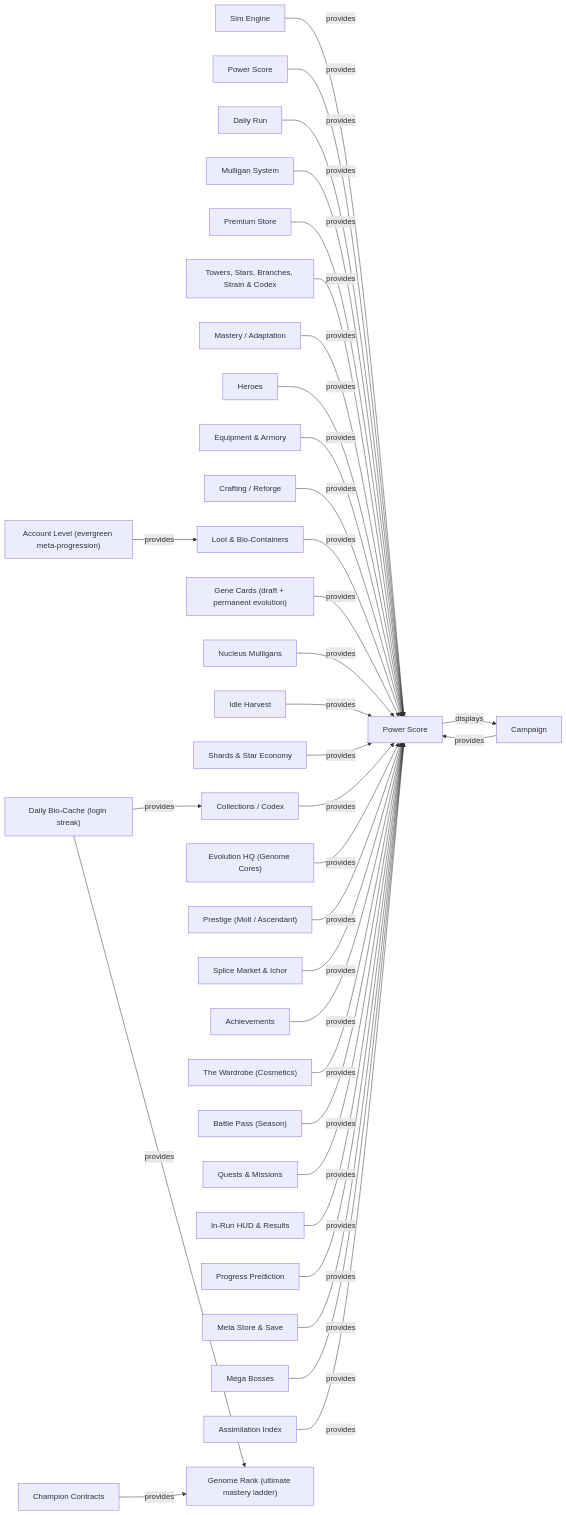
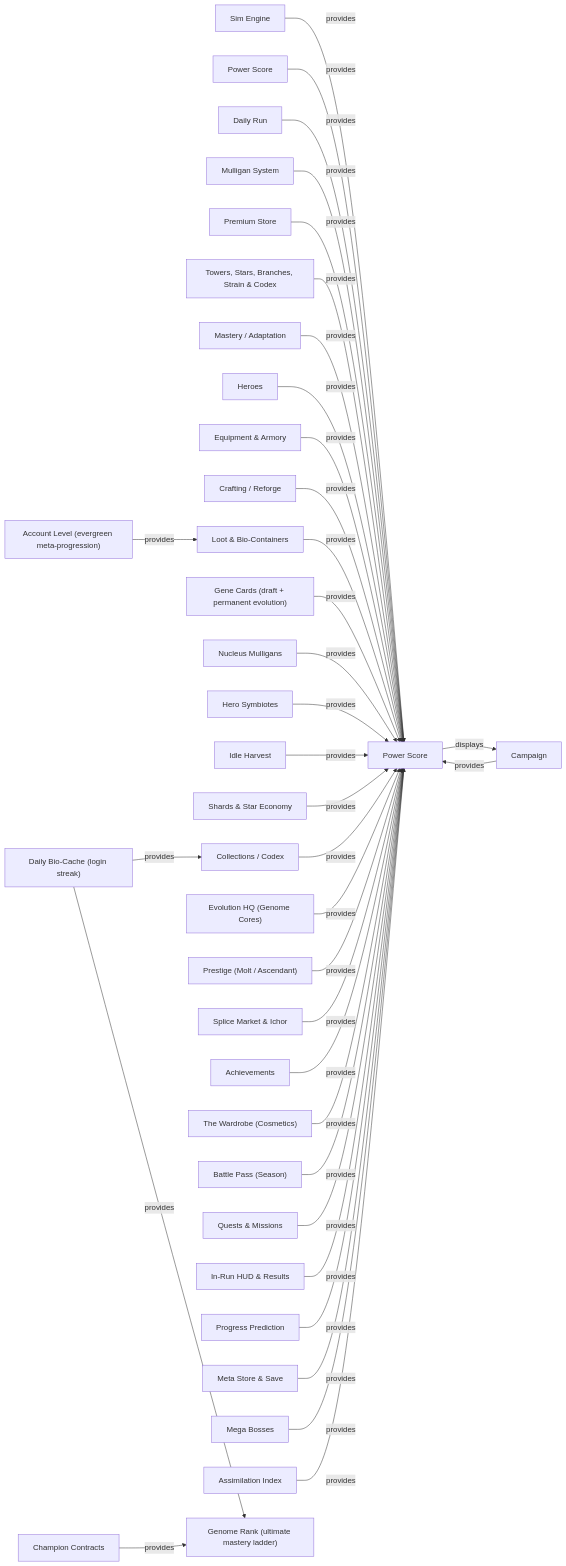
Before and after one commit to jathanalston-ship-it/TowerDefenseGame: the second of 4 diagrams in docs/DIL_GRAPH.md, drawn with Mermaid. The commit also changed other lines of this file and 32 other files, not shown here.

First line of the commit message:
Hero Symbiote System: per-hero grafted organisms (3 gated slots × 3 organs)

````diff
--- a/docs/DIL_GRAPH.md
+++ b/docs/DIL_GRAPH.md
@@ -155,37 +158,38 @@
 ```mermaid
 graph LR
   system_engine["Sim Engine"] -->|provides| concept_power_score["Power Score"]
   system_power["Power Score"] -->|provides| concept_power_score["Power Score"]
   system_campaign["Campaign"] -->|provides| concept_power_score["Power Score"]
   system_daily["Daily Run"] -->|provides| concept_power_score["Power Score"]
   system_mulligans["Mulligan System"] -->|provides| concept_power_score["Power Score"]
   system_premium["Premium Store"] -->|provides| concept_power_score["Power Score"]
   system_towers["Towers, Stars, Branches, Strain & Codex"] -->|provides| concept_power_score["Power Score"]
   system_mastery["Mastery / Adaptation"] -->|provides| concept_power_score["Power Score"]
   system_heroes["Heroes"] -->|provides| concept_power_score["Power Score"]
   system_equipment["Equipment & Armory"] -->|provides| concept_power_score["Power Score"]
   system_crafting["Crafting / Reforge"] -->|provides| concept_power_score["Power Score"]
   system_loot["Loot & Bio-Containers"] -->|provides| concept_power_score["Power Score"]
   system_gene_cards["Gene Cards (draft + permanent evolution)"] -->|provides| concept_power_score["Power Score"]
   system_nucleus["Nucleus Mulligans"] -->|provides| concept_power_score["Power Score"]
+  system_hero_symbiotes["Hero Symbiotes"] -->|provides| concept_power_score["Power Score"]
   system_idle_harvest["Idle Harvest"] -->|provides| concept_power_score["Power Score"]
   system_shards_economy["Shards & Star Economy"] -->|provides| concept_power_score["Power Score"]
   system_collection["Collections / Codex"] -->|provides| concept_power_score["Power Score"]
   system_evolution_hq["Evolution HQ (Genome Cores)"] -->|provides| concept_power_score["Power Score"]
   system_prestige["Prestige (Molt / Ascendant)"] -->|provides| concept_power_score["Power Score"]
   system_splice_market["Splice Market & Ichor"] -->|provides| concept_power_score["Power Score"]
   system_achievements["Achievements"] -->|provides| concept_power_score["Power Score"]
   system_cosmetics["The Wardrobe (Cosmetics)"] -->|provides| concept_power_score["Power Score"]
   system_battle_pass["Battle Pass (Season)"] -->|provides| concept_power_score["Power Score"]
   system_quests["Quests & Missions"] -->|provides| concept_power_score["Power Score"]
   system_run_ui["In-Run HUD & Results"] -->|provides| concept_power_score["Power Score"]
   system_prediction["Progress Prediction"] -->|provides| concept_power_score["Power Score"]
   system_meta_store["Meta Store & Save"] -->|provides| concept_power_score["Power Score"]
   system_mega_bosses["Mega Bosses"] -->|provides| concept_power_score["Power Score"]
   system_assimilation["Assimilation Index"] -->|provides| concept_power_score["Power Score"]
   system_daily_login["Daily Bio-Cache (login streak)"] -->|provides| system_genome_rank["Genome Rank (ultimate mastery ladder)"]
   system_daily_login["Daily Bio-Cache (login streak)"] -->|provides| system_collection["Collections / Codex"]
   concept_power_score["Power Score"] -->|displays| system_campaign["Campaign"]
   system_account_level["Account Level (evergreen meta-progression)"] -->|provides| system_loot["Loot & Bio-Containers"]
   system_contracts["Champion Contracts"] -->|provides| system_genome_rank["Genome Rank (ultimate mastery ladder)"]
 ```
````
